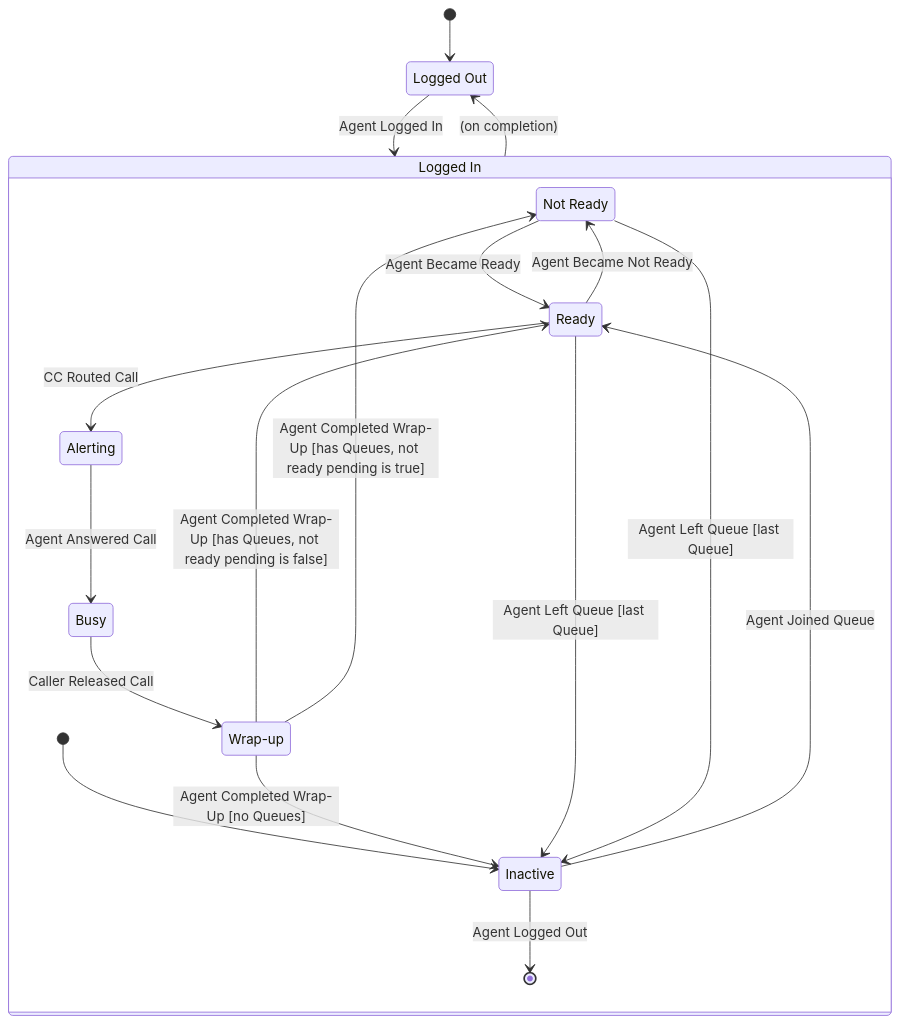
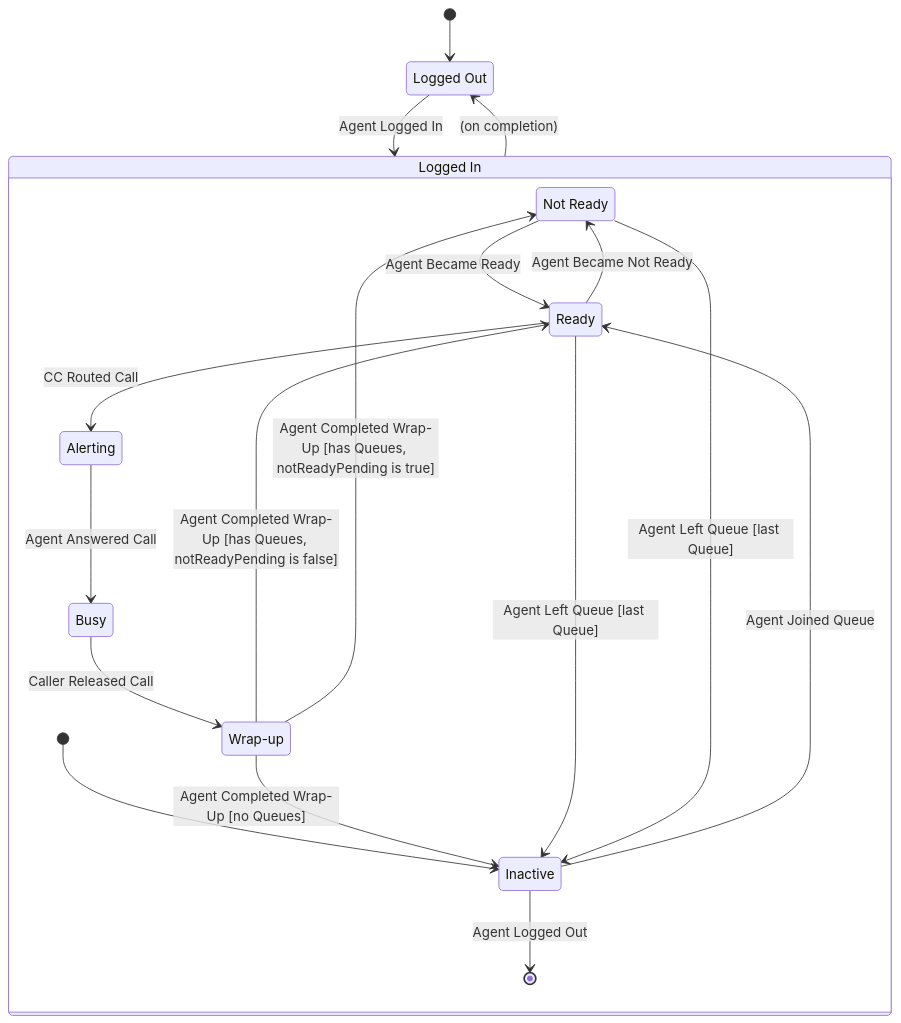
Before and after one commit to doug-sauder/contact-center-staffing-planner: the fourth of 5 diagrams in docs/domain-model.md, drawn with Mermaid. The commit also changed other lines of this file, not shown here.

Commit message:
Ready for comprehensive review

````diff
--- a/docs/domain-model.md
+++ b/docs/domain-model.md
@@ -699,27 +774,27 @@
 ```mermaid
 stateDiagram-v2
     state "Logged Out" as LoggedOut
     state "Logged In" as LoggedIn
     state "Not Ready" as NotReady
     state "Wrap-up" as WrapUp
 
     [*] --> LoggedOut
     LoggedOut --> LoggedIn : Agent Logged In
     LoggedIn --> LoggedOut : (on completion)
 
     state LoggedIn {
         [*] --> Inactive
         Inactive --> Ready : Agent Joined Queue
         Ready --> Alerting : CC Routed Call
         Alerting --> Busy : Agent Answered Call
         Busy --> WrapUp : Caller Released Call
-        WrapUp --> Ready : Agent Completed Wrap-Up [has Queues, not ready pending is false]
-        WrapUp --> NotReady : Agent Completed Wrap-Up [has Queues, not ready pending is true]
+        WrapUp --> Ready : Agent Completed Wrap-Up [has Queues, notReadyPending is false]
+        WrapUp --> NotReady : Agent Completed Wrap-Up [has Queues, notReadyPending is true]
         WrapUp --> Inactive : Agent Completed Wrap-Up [no Queues]
         Ready --> NotReady : Agent Became Not Ready
         NotReady --> Ready : Agent Became Ready
         Ready --> Inactive : Agent Left Queue [last Queue]
         NotReady --> Inactive : Agent Left Queue [last Queue]
         Inactive --> [*] : Agent Logged Out
     }
 ```
````
